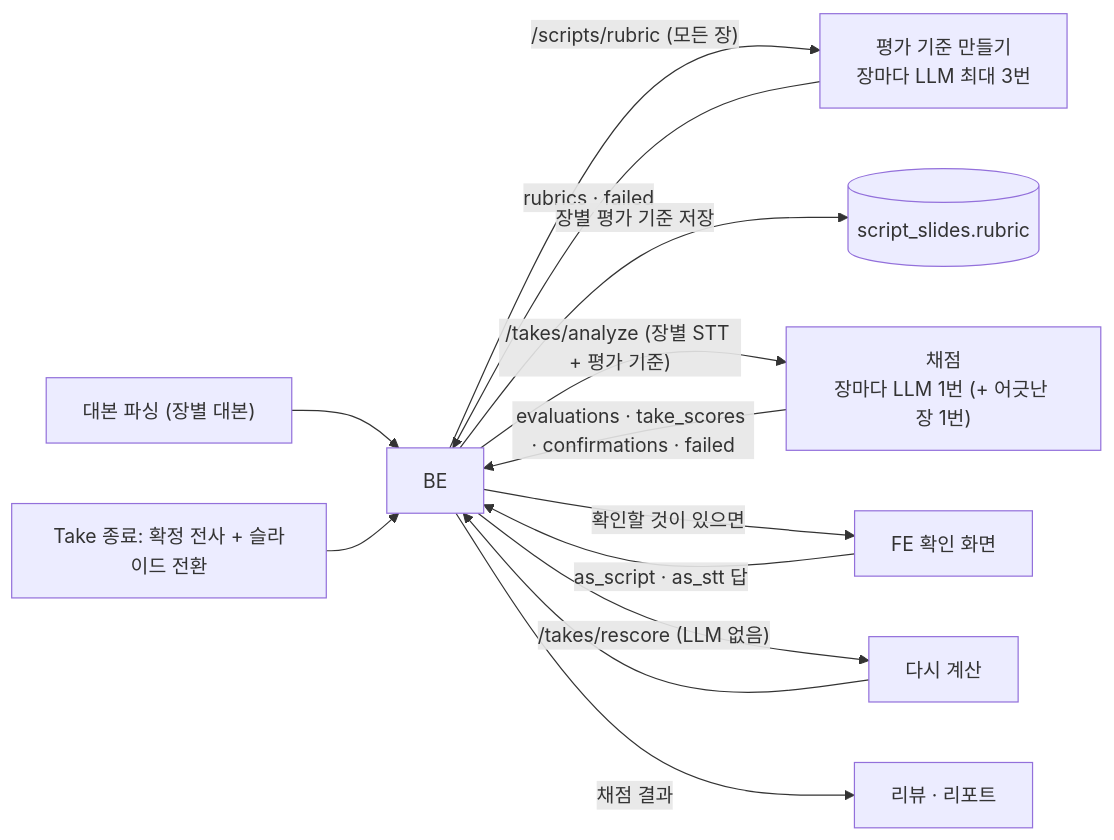
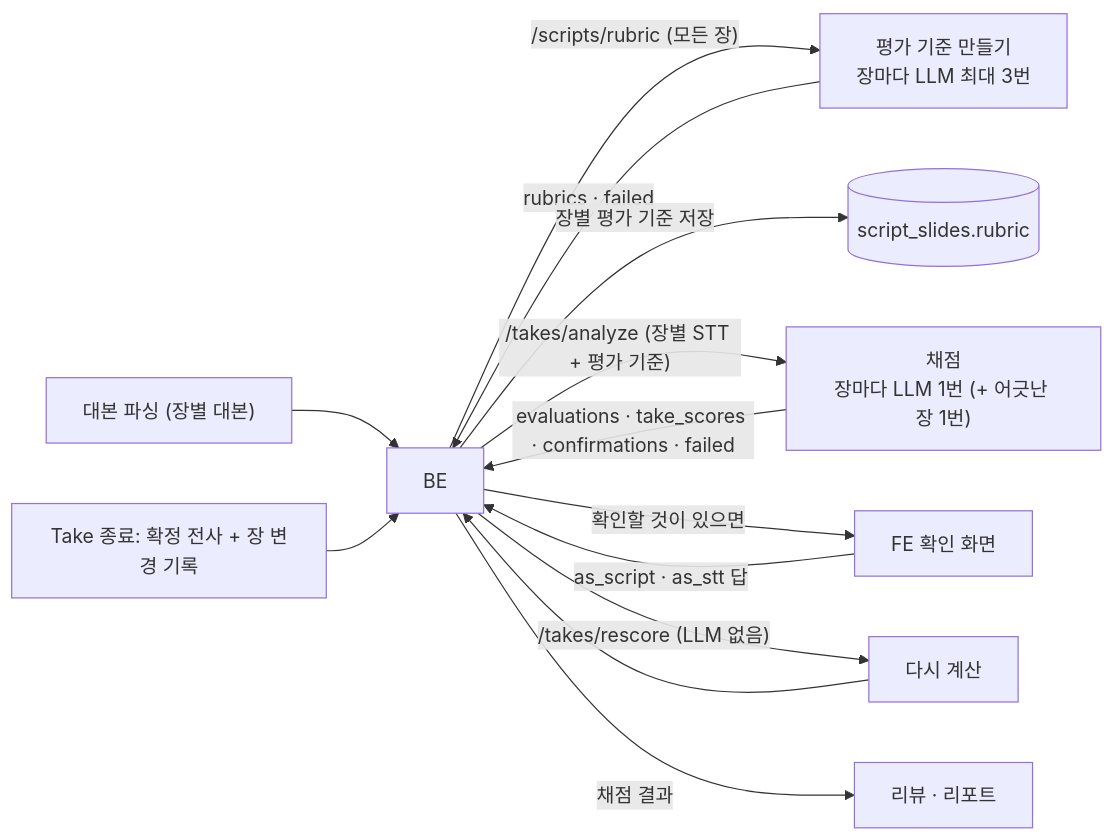
The first of 2 diagrams in docs/ai/features/script-coverage-evaluation.md (kakaotechcampus-4/ktc4-pusan-2), drawn with Mermaid before and after one commit. The commit also changed other lines of this file, not shown here.

````diff
--- a/docs/ai/features/script-coverage-evaluation.md
+++ b/docs/ai/features/script-coverage-evaluation.md
@@ -65,15 +65,15 @@
 ```mermaid
 flowchart LR
   P["대본 파싱 (장별 대본)"] --> BE
   BE -- "/scripts/rubric (모든 장)" --> R["평가 기준 만들기<br>장마다 LLM 최대 3번"]
   R -- "rubrics · failed" --> BE
   BE -- "장별 평가 기준 저장" --> DB[("script_slides.rubric")]
-  T["Take 종료: 확정 전사 + 슬라이드 전환"] --> BE
+  T["Take 종료: 확정 전사 + 장 변경 기록"] --> BE
   BE -- "/takes/analyze (장별 STT + 평가 기준)" --> E["채점<br>장마다 LLM 1번 (+ 어긋난 장 1번)"]
   E -- "evaluations · take_scores · confirmations · failed" --> BE
   BE -- "확인할 것이 있으면" --> FE["FE 확인 화면"]
   FE -- "as_script · as_stt 답" --> BE
   BE -- "/takes/rescore (LLM 없음)" --> C["다시 계산"]
   C --> BE
   BE -- "채점 결과" --> RV["리뷰 · 리포트"]
 ```
````
